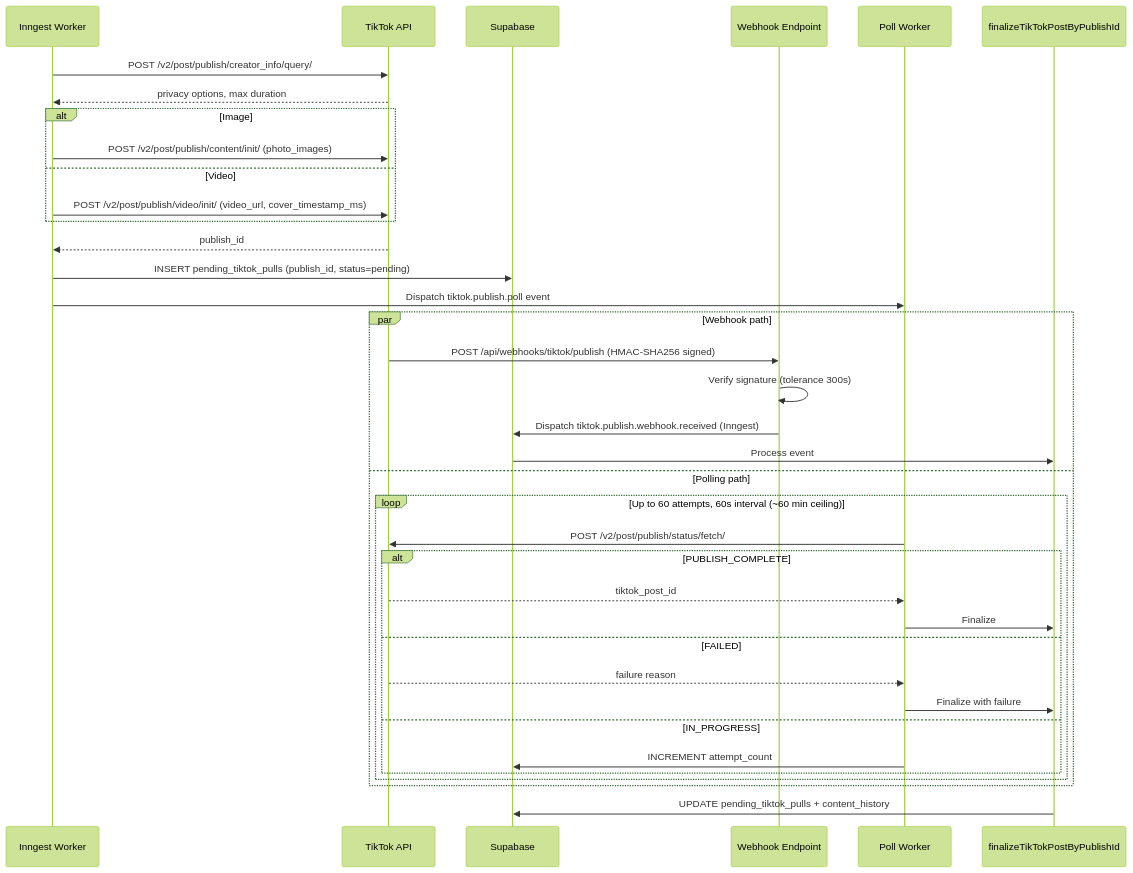
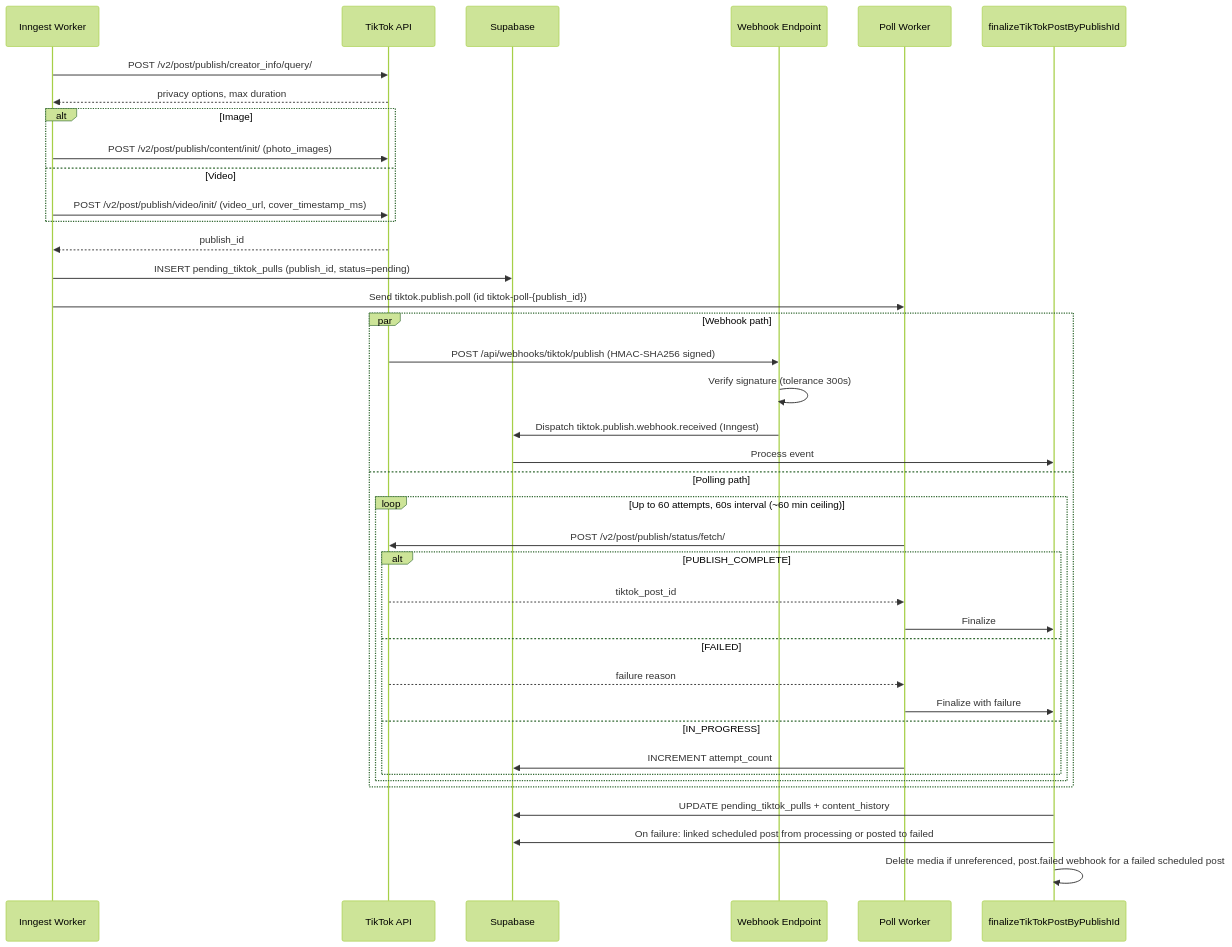
One commit to Andy00L/sharetopus changed the third of 5 diagrams in docs/PLATFORMS.md. Above: the diagram before and after it, drawn with Mermaid (forest theme). The commit also changed other lines of this file and 15 other files, not shown here.

````diff
--- a/docs/PLATFORMS.md
+++ b/docs/PLATFORMS.md
@@ -146,44 +150,46 @@
 ```mermaid
 sequenceDiagram
     participant Worker as Inngest Worker
     participant TK as TikTok API
     participant DB as Supabase
     participant WH as Webhook Endpoint
     participant Poll as Poll Worker
     participant Fin as finalizeTikTokPostByPublishId
 
     Worker->>TK: POST /v2/post/publish/creator_info/query/
     TK-->>Worker: privacy options, max duration
 
     alt Image
         Worker->>TK: POST /v2/post/publish/content/init/ (photo_images)
     else Video
         Worker->>TK: POST /v2/post/publish/video/init/ (video_url, cover_timestamp_ms)
     end
     TK-->>Worker: publish_id
 
     Worker->>DB: INSERT pending_tiktok_pulls (publish_id, status=pending)
-    Worker->>Poll: Dispatch tiktok.publish.poll event
+    Worker->>Poll: Send tiktok.publish.poll (id tiktok-poll-{publish_id})
 
     par Webhook path
         TK->>WH: POST /api/webhooks/tiktok/publish (HMAC-SHA256 signed)
         WH->>WH: Verify signature (tolerance 300s)
         WH->>DB: Dispatch tiktok.publish.webhook.received (Inngest)
         DB->>Fin: Process event
     and Polling path
         loop Up to 60 attempts, 60s interval (~60 min ceiling)
             Poll->>TK: POST /v2/post/publish/status/fetch/
             alt PUBLISH_COMPLETE
                 TK-->>Poll: tiktok_post_id
                 Poll->>Fin: Finalize
             else FAILED
                 TK-->>Poll: failure reason
                 Poll->>Fin: Finalize with failure
             else IN_PROGRESS
                 Poll->>DB: INCREMENT attempt_count
             end
         end
     end
 
     Fin->>DB: UPDATE pending_tiktok_pulls + content_history
+    Fin->>DB: On failure: linked scheduled post from processing or posted to failed
+    Fin->>Fin: Delete media if unreferenced, post.failed webhook for a failed scheduled post
 ```
````
